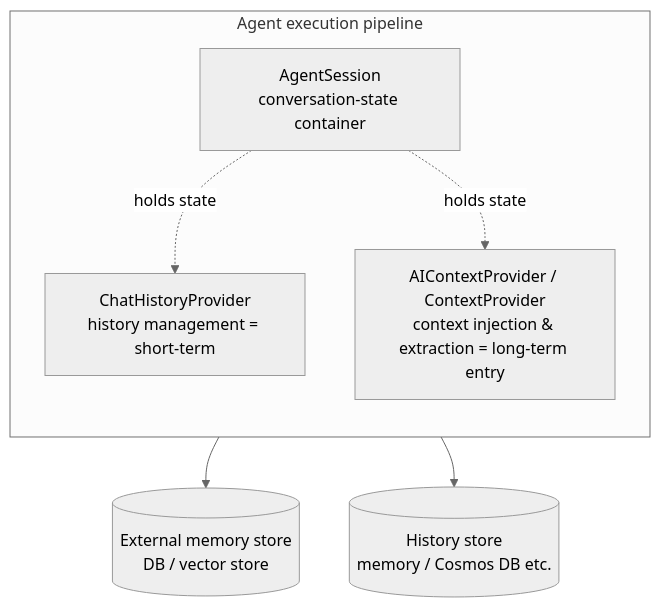
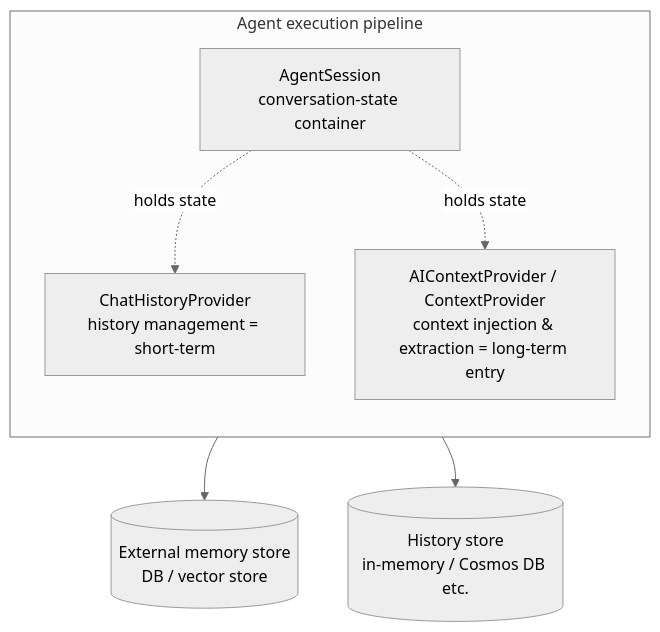
Before and after one commit to yoichiozaki/yoichiozaki.github.io: the fourth of 5 diagrams in content/blog/en/agent-memory.mdx, drawn with Mermaid (neutral theme). The commit also changed other lines of this file and 220 other files, not shown here.

````diff
--- a/content/blog/en/agent-memory.mdx
+++ b/content/blog/en/agent-memory.mdx
@@ -185,13 +185,13 @@
 ```mermaid
 graph TB
     subgraph Agent[Agent execution pipeline]
         direction TB
         SESSION[AgentSession<br/>conversation-state container]
         HIST[ChatHistoryProvider<br/>history management = short-term]
         CTX[AIContextProvider / ContextProvider<br/>context injection & extraction = long-term entry]
     end
     SESSION -.holds state.-> HIST
     SESSION -.holds state.-> CTX
     CTX --> STORE[(External memory store<br/>DB / vector store)]
-    HIST --> STORE2[(History store<br/>memory / Cosmos DB etc.)]
+    HIST --> STORE2[(History store<br/>in-memory / Cosmos DB etc.)]
 ```
````
